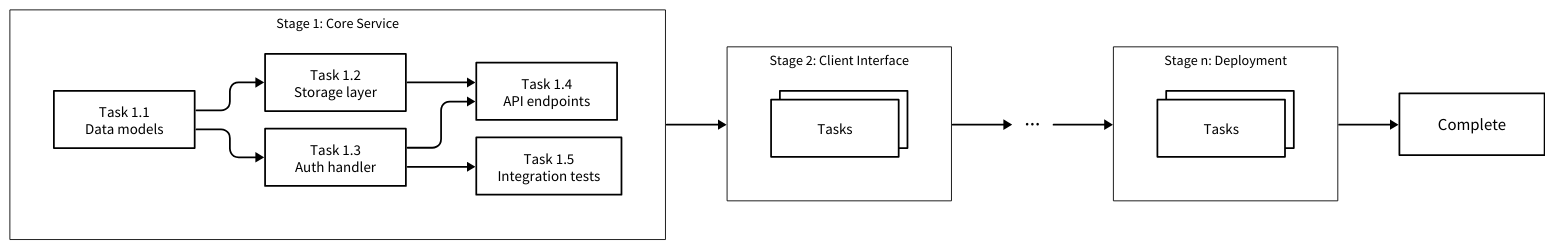
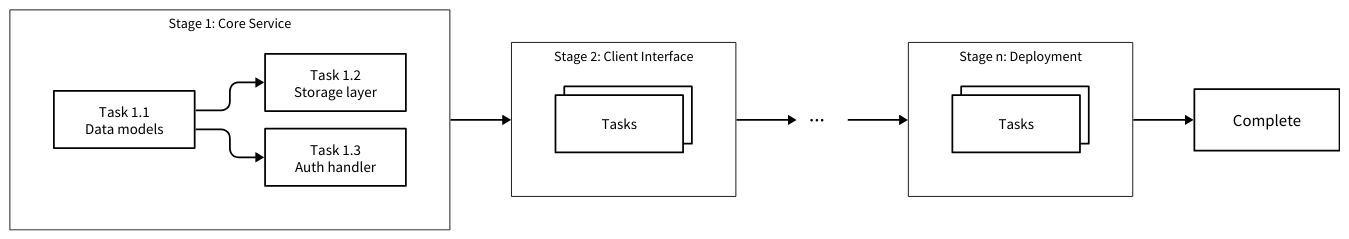
Before and after one commit to sdi2200262/bsc-apm-thesis: the diagram in diagrams/framework-design/stage-progression.d2, drawn with D2. The commit also changed 12 other files, not shown here.

```diff
--- a/diagrams/framework-design/stage-progression.d2
+++ b/diagrams/framework-design/stage-progression.d2
@@ -1,147 +1,133 @@
 direction: right
 
 vars: {
   d2-config: {
     layout-engine: elk
     theme-id: 0
     pad: 18
     center: true
   }
 }
 
 classes: {
   stage: {
     style: {
       fill: "#ffffff"
       stroke: "#000000"
       stroke-width: 1
       font-color: "#000000"
       font-size: 16
       bold: false
       border-radius: 0
       shadow: false
     }
   }
   task: {
     style: {
       fill: "#ffffff"
       stroke: "#000000"
       stroke-width: 2
       font-color: "#000000"
       font-size: 17
       bold: false
       border-radius: 0
       shadow: false
     }
   }
   terminal: {
     style: {
       fill: "#ffffff"
       stroke: "#000000"
       stroke-width: 2
       font-color: "#000000"
       font-size: 19
       bold: false
       border-radius: 0
       shadow: false
     }
   }
 }
 
 stage_1: {
   label: "Stage 1: Core Service"
   class: stage
 
   task_1: {
     label: "Task 1.1\nData models"
     class: task
     width: 160
     height: 65
   }
   task_2: {
     label: "Task 1.2\nStorage layer"
     class: task
     width: 160
     height: 65
   }
   task_3: {
     label: "Task 1.3\nAuth handler"
     class: task
     width: 160
     height: 65
   }
-  task_4: {
-    label: "Task 1.4\nAPI endpoints"
-    class: task
-    width: 160
-    height: 65
-  }
-  task_5: {
-    label: "Task 1.5\nIntegration tests"
-    class: task
-    width: 165
-    height: 65
-  }
 
   task_1 -> task_2
   task_1 -> task_3
-  task_2 -> task_4
-  task_3 -> task_4
-  task_3 -> task_5
 }
 
 stage_2: {
   label: "Stage 2: Client Interface"
   class: stage
 
   tasks: {
     label: Tasks
     class: task
     width: 145
     height: 65
     style.multiple: true
   }
 }
 
 more: {
   label: ···
   shape: text
+  width: 56
   style: {
     font-color: "#000000"
     font-size: 24
     bold: false
   }
 }
 
 stage_n: {
   label: "Stage n: Deployment"
   class: stage
 
   tasks: {
     label: Tasks
     class: task
     width: 145
     height: 65
     style.multiple: true
   }
 }
 
 complete: {
   label: Complete
   class: terminal
   width: 165
   height: 70
 }
 
 stage_1 -> stage_2
 stage_2 -> more
 more -> stage_n
 stage_n -> complete
 
 (** -> **)[*].style: {
   stroke: "#000000"
   stroke-width: 2
   font-color: "#000000"
   font-size: 16
   border-radius: 10
 }
```
